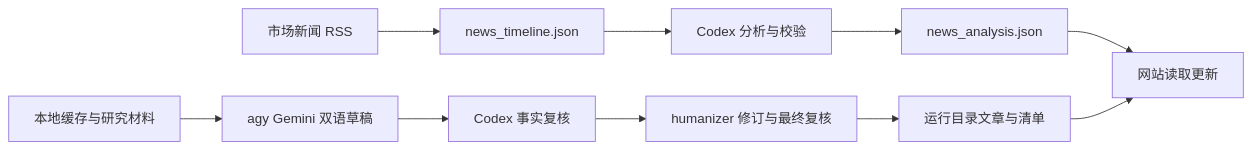
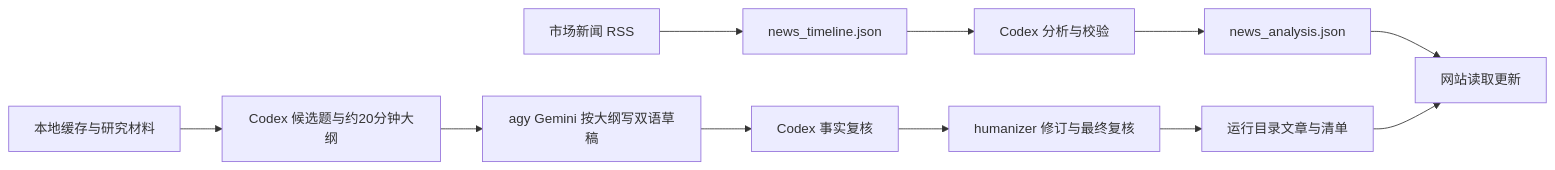
The diagram in docs/website-workflow.md (guiyang882/news-claw), drawn with Mermaid before and after one commit. The commit also changed other lines of this file and 12 other files, not shown here.

````diff
--- a/docs/website-workflow.md
+++ b/docs/website-workflow.md
@@ -7,12 +7,13 @@
 ```mermaid
 flowchart LR
     A[市场新闻 RSS] --> B[news_timeline.json]
     B --> C[Codex 分析与校验]
     C --> D[news_analysis.json]
     D --> E[网站读取更新]
-    F[本地缓存与研究材料] --> G[agy Gemini 双语草稿]
+    F[本地缓存与研究材料] --> T[Codex 候选题与约20分钟大纲]
+    T --> G[agy Gemini 按大纲写双语草稿]
     G --> H[Codex 事实复核]
     H --> I[humanizer 修订与最终复核]
     I --> J[运行目录文章与清单]
     J --> E
 ```
````
